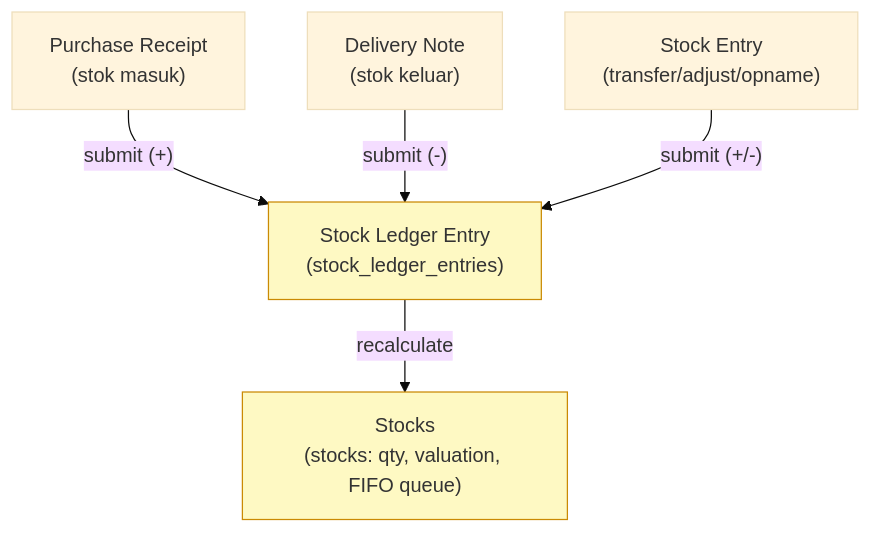
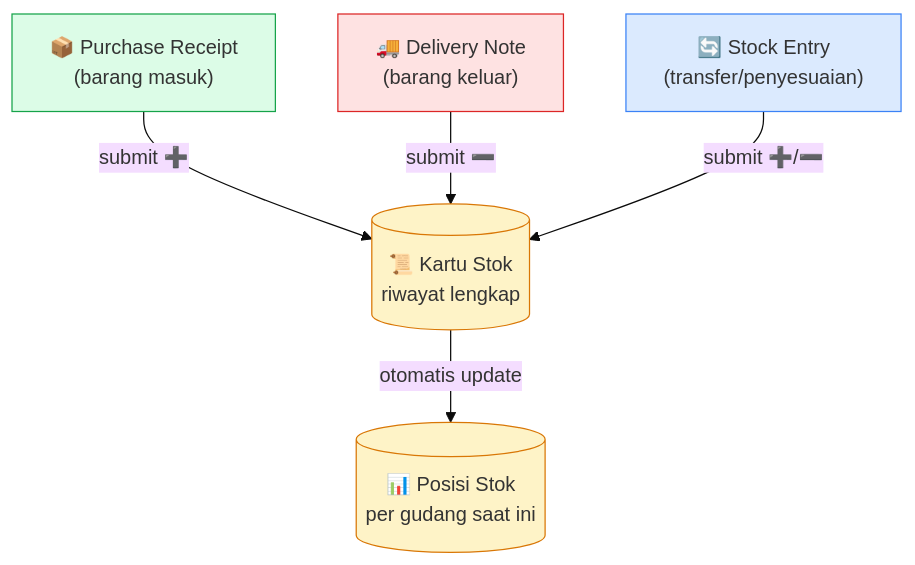
The first of 5 diagrams in docs/modules/inventory.md (RimbunCode/erp_pataya), drawn with Mermaid (base theme) before and after one commit. The commit also changed other lines of this file and 14 other files, not shown here.

````diff
--- a/docs/modules/inventory.md
+++ b/docs/modules/inventory.md
@@ -52,16 +41,19 @@
 ```mermaid
 flowchart TD
-    GR["Purchase Receipt<br/>(stok masuk)"]
-    DN["Delivery Note<br/>(stok keluar)"]
-    SE["Stock Entry<br/>(transfer/adjust/opname)"]
-    SLE["Stock Ledger Entry<br/>(stock_ledger_entries)"]
-    STK["Stocks<br/>(stocks: qty, valuation, FIFO queue)"]
+    GR["📦 Purchase Receipt<br/>(barang masuk)"]
+    DN["🚚 Delivery Note<br/>(barang keluar)"]
+    SE["🔄 Stock Entry<br/>(transfer/penyesuaian)"]
+    Ledger[("📜 Kartu Stok<br/>riwayat lengkap")]
+    Posisi[("📊 Posisi Stok<br/>per gudang saat ini")]
 
-    GR -->|"submit (+)"| SLE
-    DN -->|"submit (-)"| SLE
-    SE -->|"submit (+/-)"| SLE
-    SLE -->|"recalculate"| STK
+    GR -->|"submit ➕"| Ledger
+    DN -->|"submit ➖"| Ledger
+    SE -->|"submit ➕/➖"| Ledger
+    Ledger -->|"otomatis update"| Posisi
 
-    classDef led fill:#fef9c3,stroke:#ca8a04;
-    class SLE,STK led;
+    style GR fill:#dcfce7,stroke:#16a34a
+    style DN fill:#fee2e2,stroke:#dc2626
+    style SE fill:#dbeafe,stroke:#3b82f6
+    style Ledger fill:#fef3c7,stroke:#d97706
+    style Posisi fill:#fef3c7,stroke:#d97706
 ```
````
